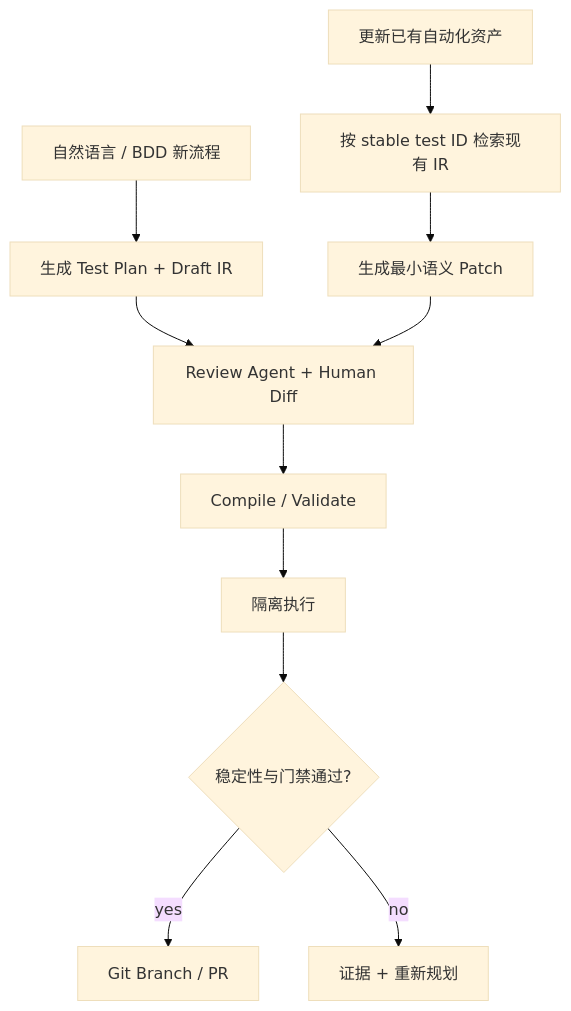
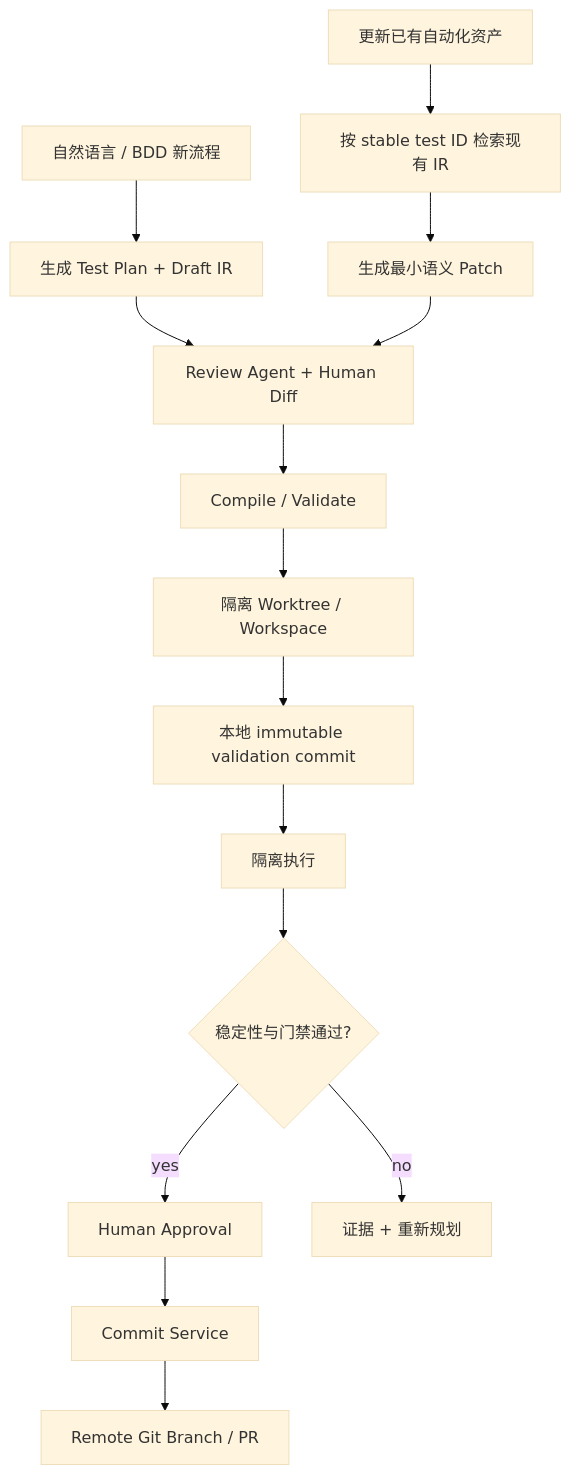
Before and after one commit to patrickstarpty/tap: the fourth of 11 diagrams in docs/architecture.md, drawn with Mermaid (base theme). The commit also changed other lines of this file and 9 other files, not shown here.

Commit message:
docs: integrate platform and RAG architecture

````diff
--- a/docs/architecture.md
+++ b/docs/architecture.md
@@ -211,13 +412,17 @@
 ```mermaid
 flowchart TB
     New[自然语言 / BDD 新流程] --> Draft[生成 Test Plan + Draft IR]
     Existing[更新已有自动化资产] --> Resolve[按 stable test ID 检索现有 IR]
     Resolve --> Patch[生成最小语义 Patch]
     Draft --> Review[Review Agent + Human Diff]
     Patch --> Review
     Review --> Compile[Compile / Validate]
-    Compile --> Sandbox[隔离执行]
+    Compile --> Workspace[隔离 Worktree / Workspace]
+    Workspace --> LocalCommit[本地 immutable validation commit]
+    LocalCommit --> Sandbox[隔离执行]
     Sandbox --> Stable{稳定性与门禁通过?}
-    Stable -->|yes| PR[Git Branch / PR]
+    Stable -->|yes| Approval[Human Approval]
+    Approval --> Commit[Commit Service]
+    Commit --> PR[Remote Git Branch / PR]
     Stable -->|no| Feedback[证据 + 重新规划]
 ```
````
